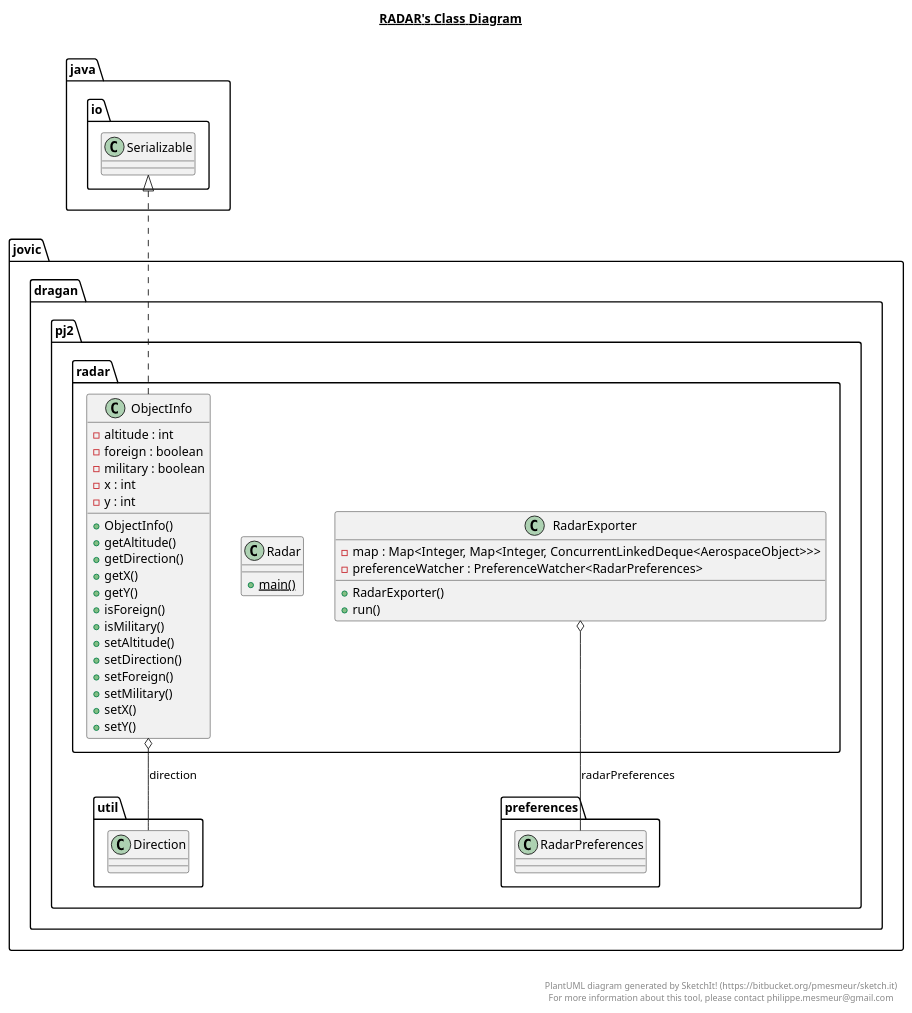
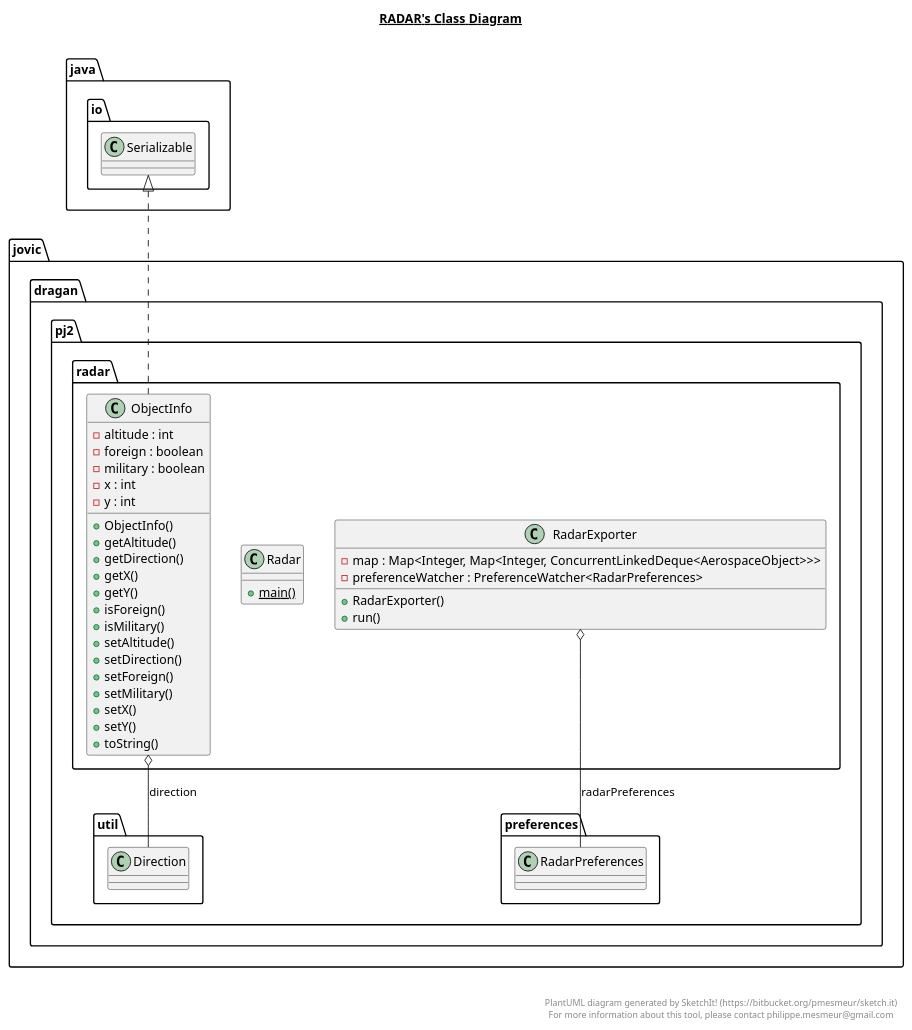
The diagram in src/jovic/dragan/pj2/radar/radar.plantuml (Coki32/PJ2_Projektni), drawn with PlantUML before and after one commit. The commit also changed 23 other files, not shown here.

```diff
--- a/src/jovic/dragan/pj2/radar/radar.plantuml
+++ b/src/jovic/dragan/pj2/radar/radar.plantuml
@@ -1,58 +1,59 @@
 @startuml
 
 title __RADAR's Class Diagram__\n
 
   namespace jovic.dragan.pj2.radar {
     class jovic.dragan.pj2.radar.ObjectInfo {
         - altitude : int
         - foreign : boolean
         - military : boolean
         - x : int
         - y : int
         + ObjectInfo()
         + getAltitude()
         + getDirection()
         + getX()
         + getY()
         + isForeign()
         + isMilitary()
         + setAltitude()
         + setDirection()
         + setForeign()
         + setMilitary()
         + setX()
         + setY()
+        + toString()
     }
   }
   
 
   namespace jovic.dragan.pj2.radar {
     class jovic.dragan.pj2.radar.Radar {
         {static} + main()
     }
   }
   
 
   namespace jovic.dragan.pj2.radar {
     class jovic.dragan.pj2.radar.RadarExporter {
         - map : Map<Integer, Map<Integer, ConcurrentLinkedDeque<AerospaceObject>>>
         - preferenceWatcher : PreferenceWatcher<RadarPreferences>
         + RadarExporter()
         + run()
     }
   }
   
 
   jovic.dragan.pj2.radar.ObjectInfo .up.|> java.io.Serializable
   jovic.dragan.pj2.radar.ObjectInfo o-- jovic.dragan.pj2.util.Direction : direction
   jovic.dragan.pj2.radar.RadarExporter o-- jovic.dragan.pj2.preferences.RadarPreferences : radarPreferences
 
 
 right footer
 
 
 PlantUML diagram generated by SketchIt! (https://bitbucket.org/pmesmeur/sketch.it)
 For more information about this tool, please contact philippe.mesmeur@gmail.com
 endfooter
 
 @enduml
```
